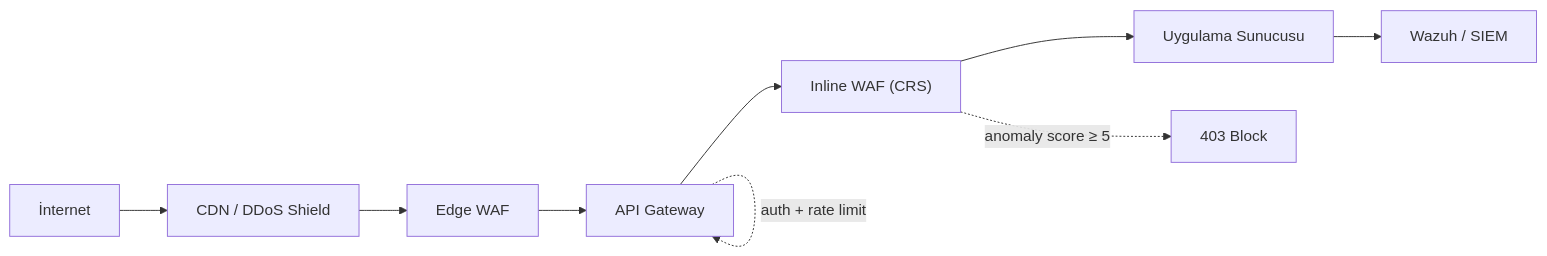
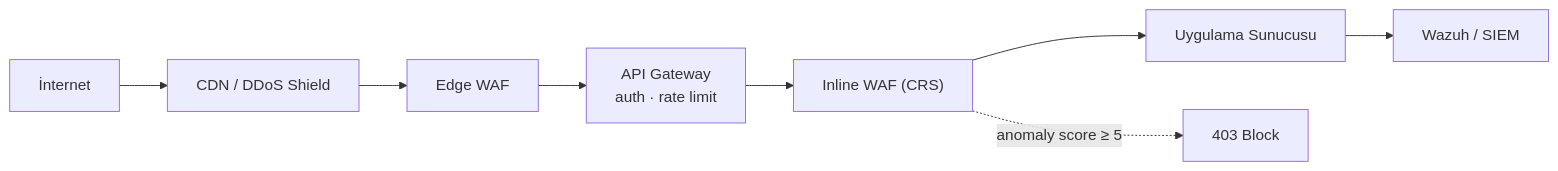
Before and after one commit to yusufarbc/Siber-Guvenlik-Rehberi: the diagram in src/content/docs/10-uygulama-guvenligi/02-web-ve-api-guvenligi.md, drawn with Mermaid. The commit also changed 13 other files, not shown here.

First line of the commit message:
Mermaid diyagramlarındaki yapısal sorunları düzelt, kalabalık olanları sadeleştir

````diff
--- a/src/content/docs/10-uygulama-guvenligi/02-web-ve-api-guvenligi.md
+++ b/src/content/docs/10-uygulama-guvenligi/02-web-ve-api-guvenligi.md
@@ -185,11 +185,10 @@
 ```mermaid
 flowchart LR
     Internet["İnternet"] --> CDN["CDN / DDoS Shield"]
     CDN --> EdgeWAF["Edge WAF"]
-    EdgeWAF --> APIGW["API Gateway"]
+    EdgeWAF --> APIGW["API Gateway<br/>auth · rate limit"]
     APIGW --> InlineWAF["Inline WAF (CRS)"]
     InlineWAF --> App["Uygulama Sunucusu"]
-    APIGW -.->|auth + rate limit| APIGW
     InlineWAF -.->|anomaly score ≥ 5| Block["403 Block"]
     App --> SIEM["Wazuh / SIEM"]
 ```
````
